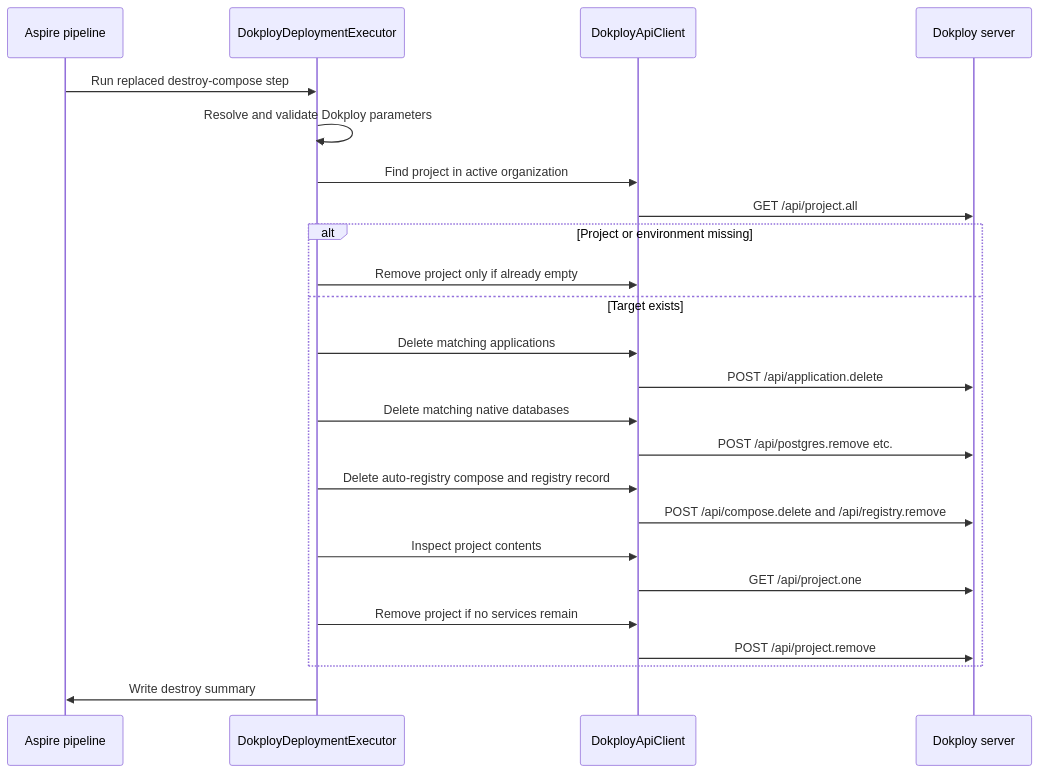
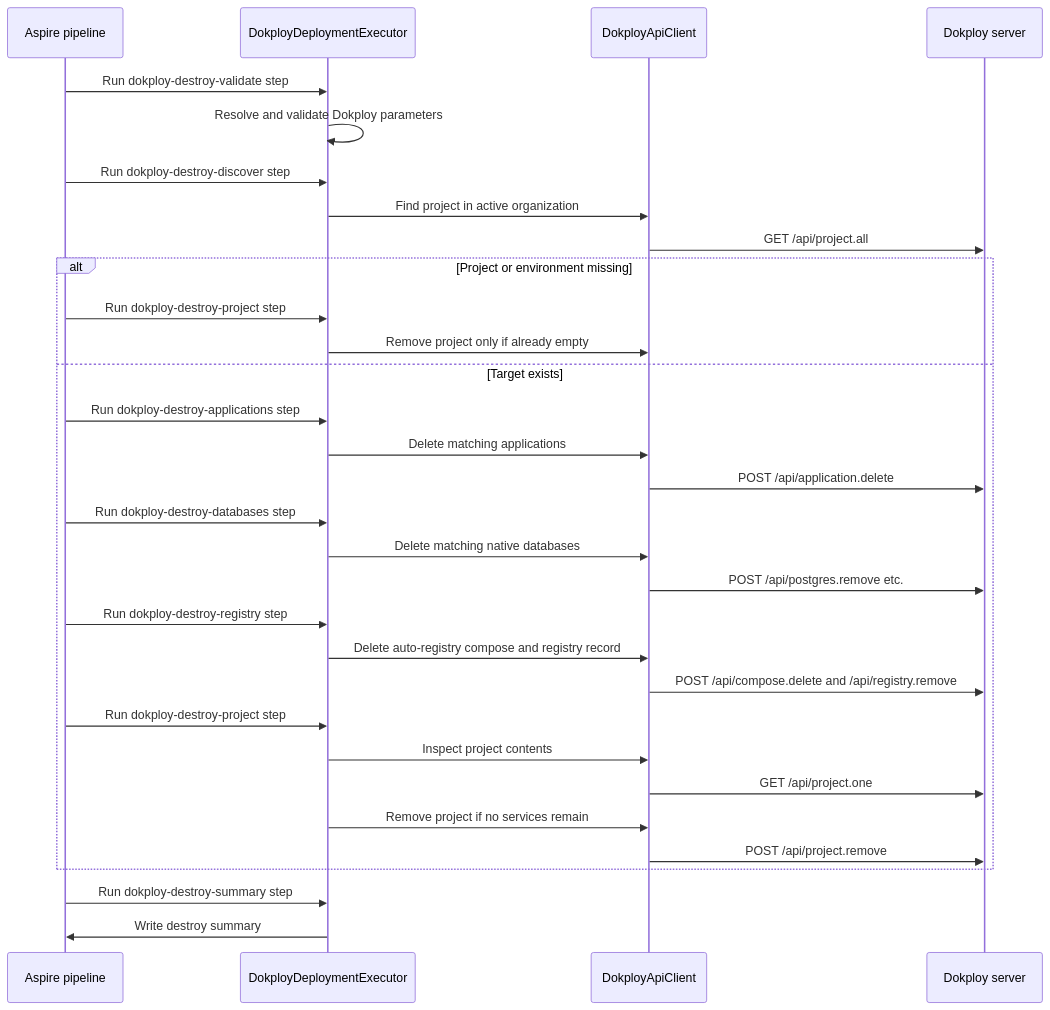
One commit to jomaxso/sorvia-aspire changed diagram 13 of 15 in docs/dokploy-deployment-architecture.md. Above: the diagram before and after it, drawn with Mermaid. The commit also changed other lines of this file and 6 other files, not shown here.

````diff
--- a/docs/dokploy-deployment-architecture.md
+++ b/docs/dokploy-deployment-architecture.md
@@ -418,27 +466,34 @@
 ```mermaid
 sequenceDiagram
     participant Pipeline as Aspire pipeline
     participant Executor as DokployDeploymentExecutor
     participant Client as DokployApiClient
     participant Dokploy as Dokploy server
 
-    Pipeline->>Executor: Run replaced destroy-compose step
+    Pipeline->>Executor: Run dokploy-destroy-validate step
     Executor->>Executor: Resolve and validate Dokploy parameters
+    Pipeline->>Executor: Run dokploy-destroy-discover step
     Executor->>Client: Find project in active organization
     Client->>Dokploy: GET /api/project.all
     alt Project or environment missing
+        Pipeline->>Executor: Run dokploy-destroy-project step
         Executor->>Client: Remove project only if already empty
     else Target exists
+        Pipeline->>Executor: Run dokploy-destroy-applications step
         Executor->>Client: Delete matching applications
         Client->>Dokploy: POST /api/application.delete
+        Pipeline->>Executor: Run dokploy-destroy-databases step
         Executor->>Client: Delete matching native databases
         Client->>Dokploy: POST /api/postgres.remove etc.
+        Pipeline->>Executor: Run dokploy-destroy-registry step
         Executor->>Client: Delete auto-registry compose and registry record
         Client->>Dokploy: POST /api/compose.delete and /api/registry.remove
+        Pipeline->>Executor: Run dokploy-destroy-project step
         Executor->>Client: Inspect project contents
         Client->>Dokploy: GET /api/project.one
         Executor->>Client: Remove project if no services remain
         Client->>Dokploy: POST /api/project.remove
     end
+    Pipeline->>Executor: Run dokploy-destroy-summary step
     Executor->>Pipeline: Write destroy summary
 ```
````
